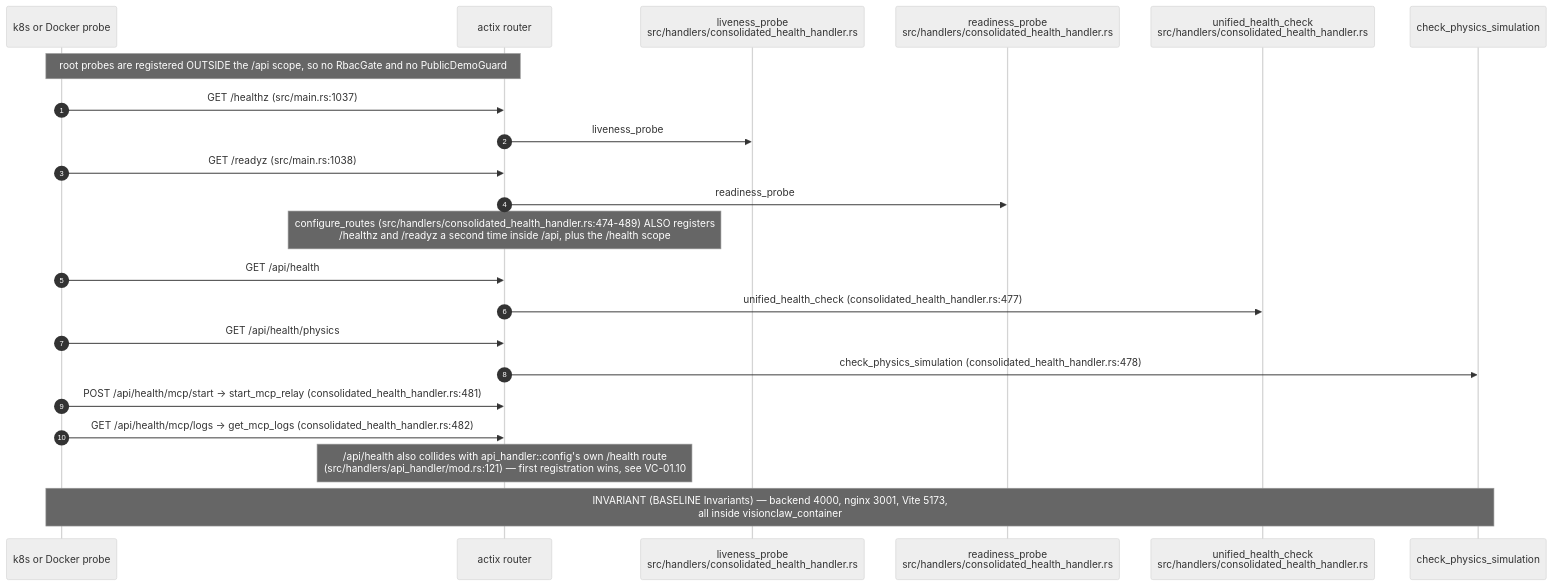
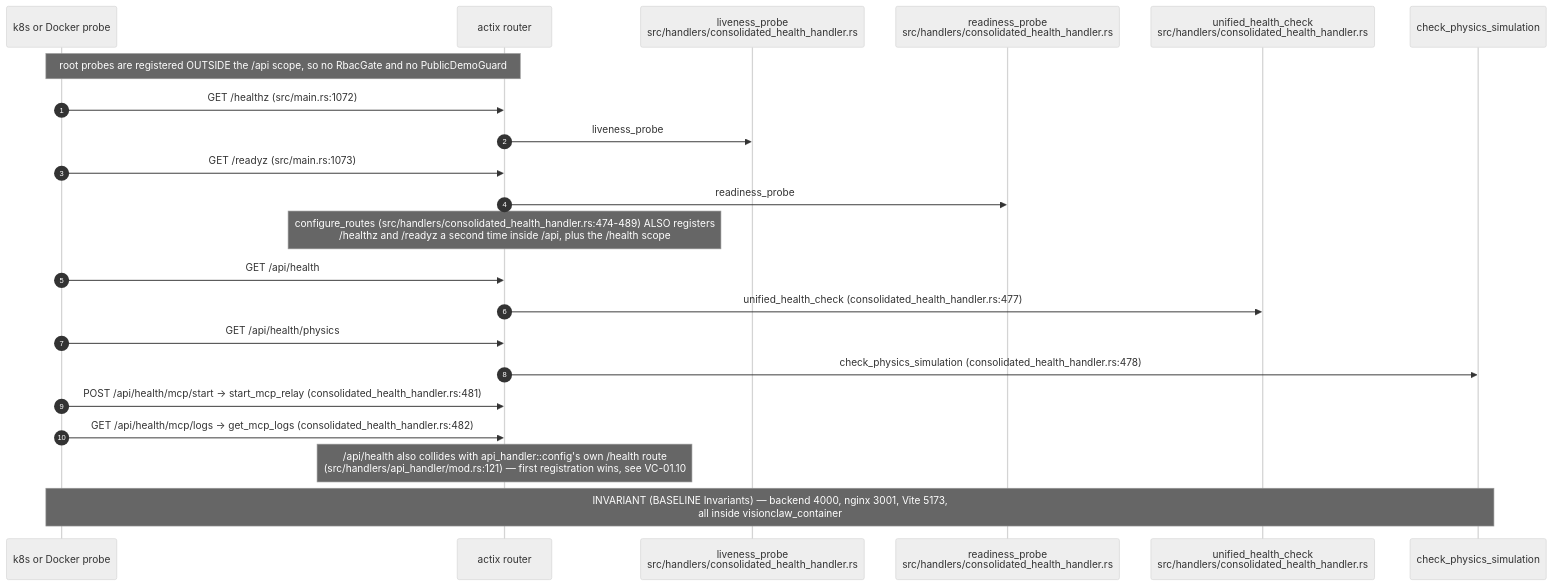
Before and after one commit to DreamLab-AI/VisionFlow: the seventh of 15 diagrams in docs/diagrams/visionclaw/01-boot-and-app-state.md, drawn with Mermaid (neutral theme). The commit also changed other lines of this file and 32 other files, not shown here.

````diff
--- a/docs/diagrams/visionclaw/01-boot-and-app-state.md
+++ b/docs/diagrams/visionclaw/01-boot-and-app-state.md
@@ -328,25 +328,25 @@
 ```mermaid
 sequenceDiagram
     autonumber
     participant K as k8s or Docker probe
     participant R as actix router
     participant L as liveness_probe<br/>src/handlers/consolidated_health_handler.rs
     participant D as readiness_probe<br/>src/handlers/consolidated_health_handler.rs
     participant U as unified_health_check<br/>src/handlers/consolidated_health_handler.rs
     participant P as check_physics_simulation
 
     Note over K,R: root probes are registered OUTSIDE the /api scope, so no RbacGate and no PublicDemoGuard
-    K->>R: GET /healthz (src/main.rs:1037)
+    K->>R: GET /healthz (src/main.rs:1072)
     R->>L: liveness_probe
-    K->>R: GET /readyz (src/main.rs:1038)
+    K->>R: GET /readyz (src/main.rs:1073)
     R->>D: readiness_probe
     Note over R: configure_routes (src/handlers/consolidated_health_handler.rs:474-489) ALSO registers<br/>/healthz and /readyz a second time inside /api, plus the /health scope
     K->>R: GET /api/health
     R->>U: unified_health_check (consolidated_health_handler.rs:477)
     K->>R: GET /api/health/physics
     R->>P: check_physics_simulation (consolidated_health_handler.rs:478)
     K->>R: POST /api/health/mcp/start → start_mcp_relay (consolidated_health_handler.rs:481)
     K->>R: GET /api/health/mcp/logs → get_mcp_logs (consolidated_health_handler.rs:482)
     Note over R: /api/health also collides with api_handler::config's own /health route<br/>(src/handlers/api_handler/mod.rs:121) — first registration wins, see VC-01.10
     Note over K,P: INVARIANT (BASELINE Invariants) — backend 4000, nginx 3001, Vite 5173,<br/>all inside visionclaw_container
 ```
````
